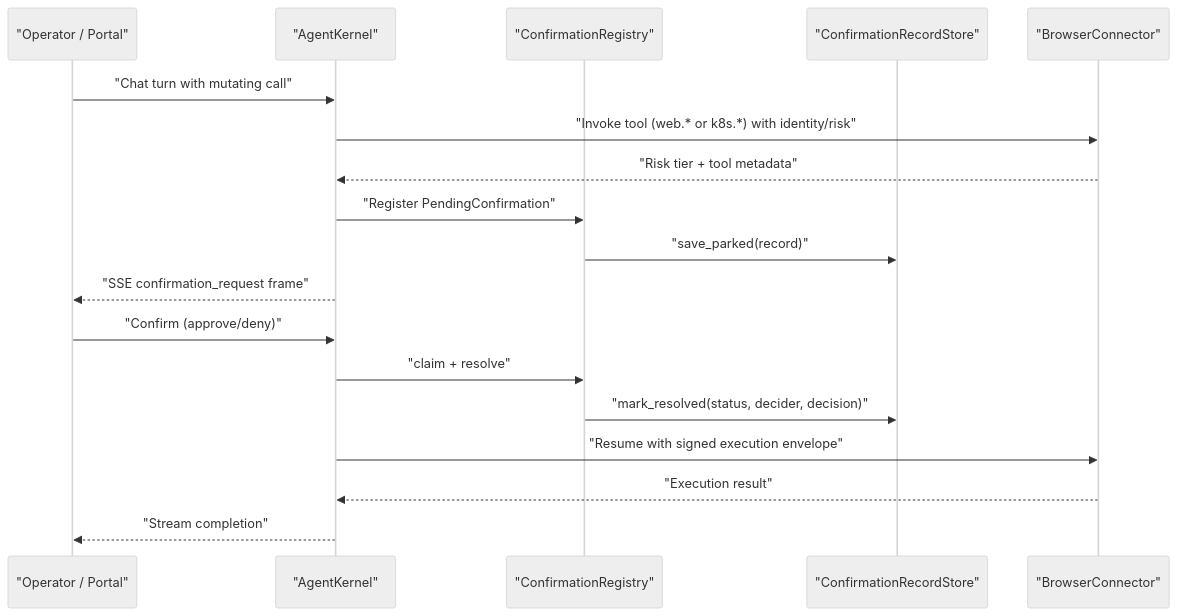
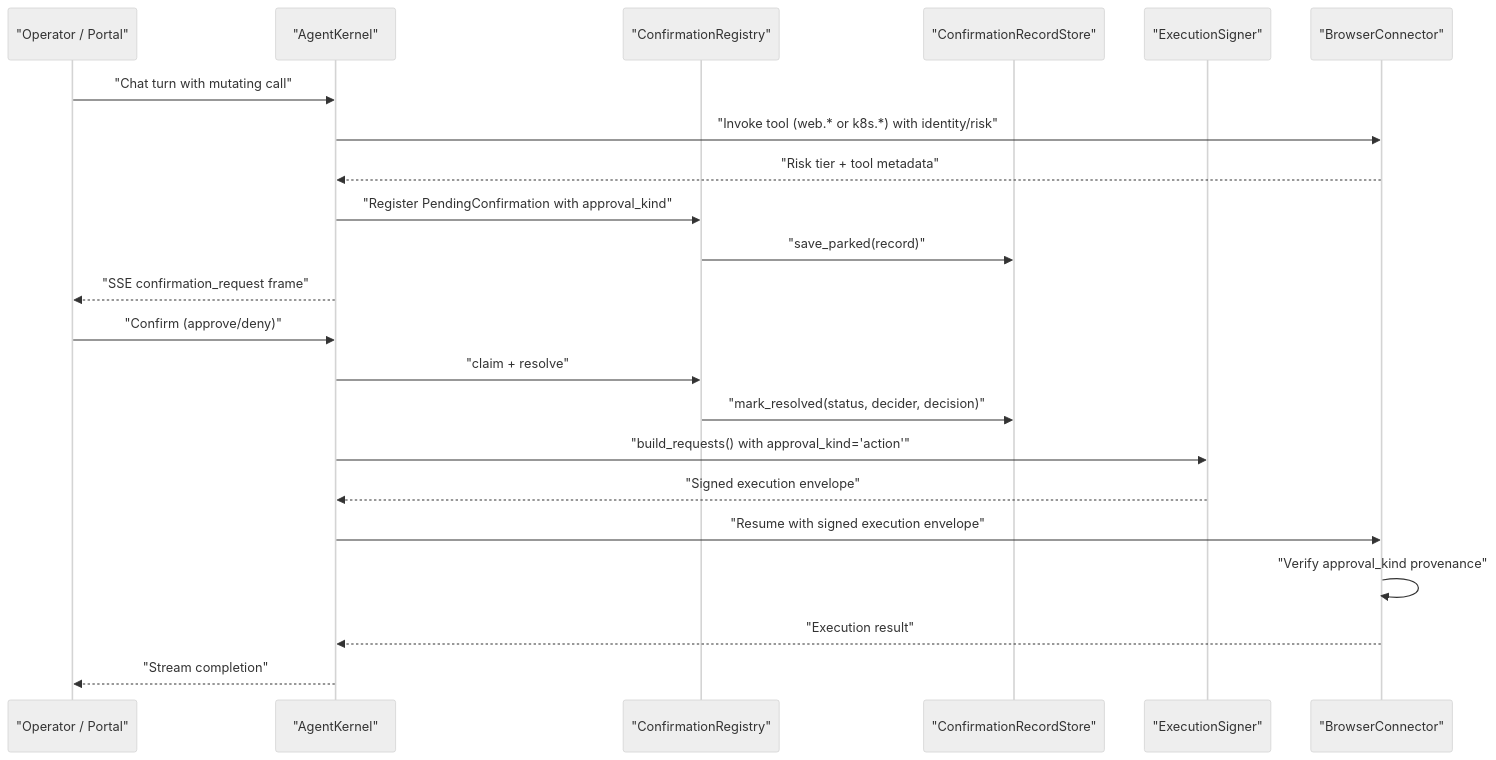
One commit to metasync/luban-aiops changed the second of 8 diagrams in .qoder/repowiki/en/content/Architecture Documentation/SPEC-054_ Action-Level Approval and Change Request Card.md. Above: the diagram before and after it, drawn with Mermaid (neutral theme). The commit also changed other lines of this file and 24 other files, not shown here.

````diff
--- a/.qoder/repowiki/en/content/Architecture Documentation/SPEC-054_ Action-Level Approval and Change Request Card.md
+++ b/.qoder/repowiki/en/content/Architecture Documentation/SPEC-054_ Action-Level Approval and Change Request Card.md
@@ -86,20 +112,24 @@
 ```mermaid
 sequenceDiagram
 participant Client as "Operator / Portal"
 participant Kernel as "AgentKernel"
 participant Registry as "ConfirmationRegistry"
 participant Store as "ConfirmationRecordStore"
+participant Signer as "ExecutionSigner"
 participant GW as "BrowserConnector"
 Client->>Kernel : "Chat turn with mutating call"
 Kernel->>GW : "Invoke tool (web.* or k8s.*) with identity/risk"
 GW-->>Kernel : "Risk tier + tool metadata"
-Kernel->>Registry : "Register PendingConfirmation"
+Kernel->>Registry : "Register PendingConfirmation with approval_kind"
 Registry->>Store : "save_parked(record)"
 Kernel-->>Client : "SSE confirmation_request frame"
 Client->>Kernel : "Confirm (approve/deny)"
 Kernel->>Registry : "claim + resolve"
 Registry->>Store : "mark_resolved(status, decider, decision)"
+Kernel->>Signer : "build_requests() with approval_kind='action'"
+Signer-->>Kernel : "Signed execution envelope"
 Kernel->>GW : "Resume with signed execution envelope"
+GW->>GW : "Verify approval_kind provenance"
 GW-->>Kernel : "Execution result"
 Kernel-->>Client : "Stream completion"
 ```
````
